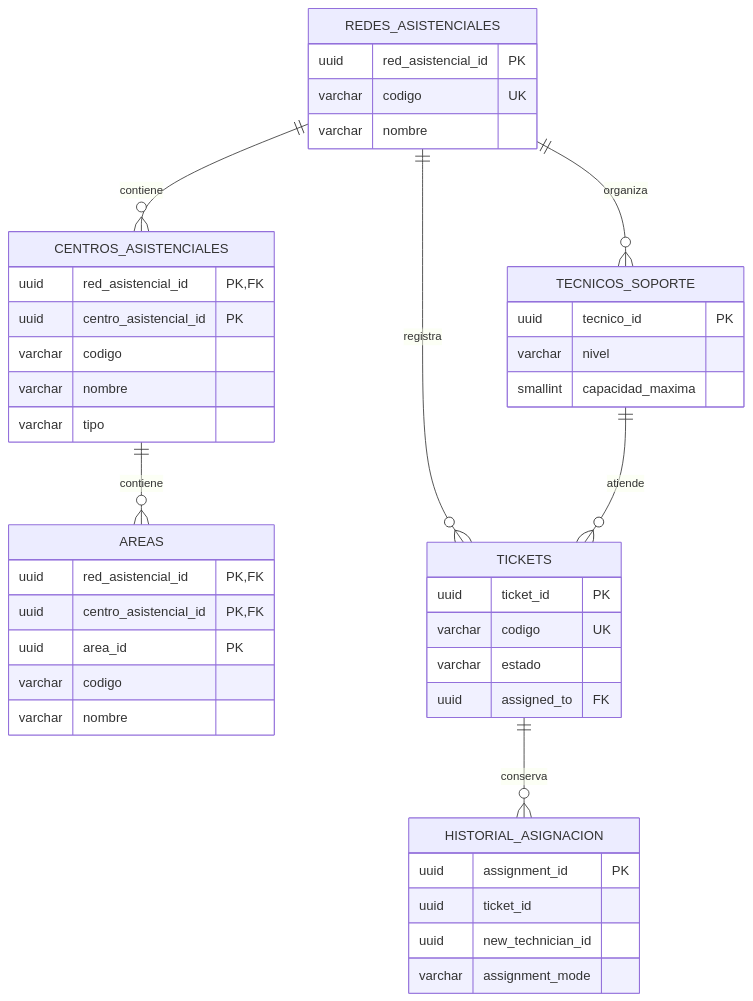
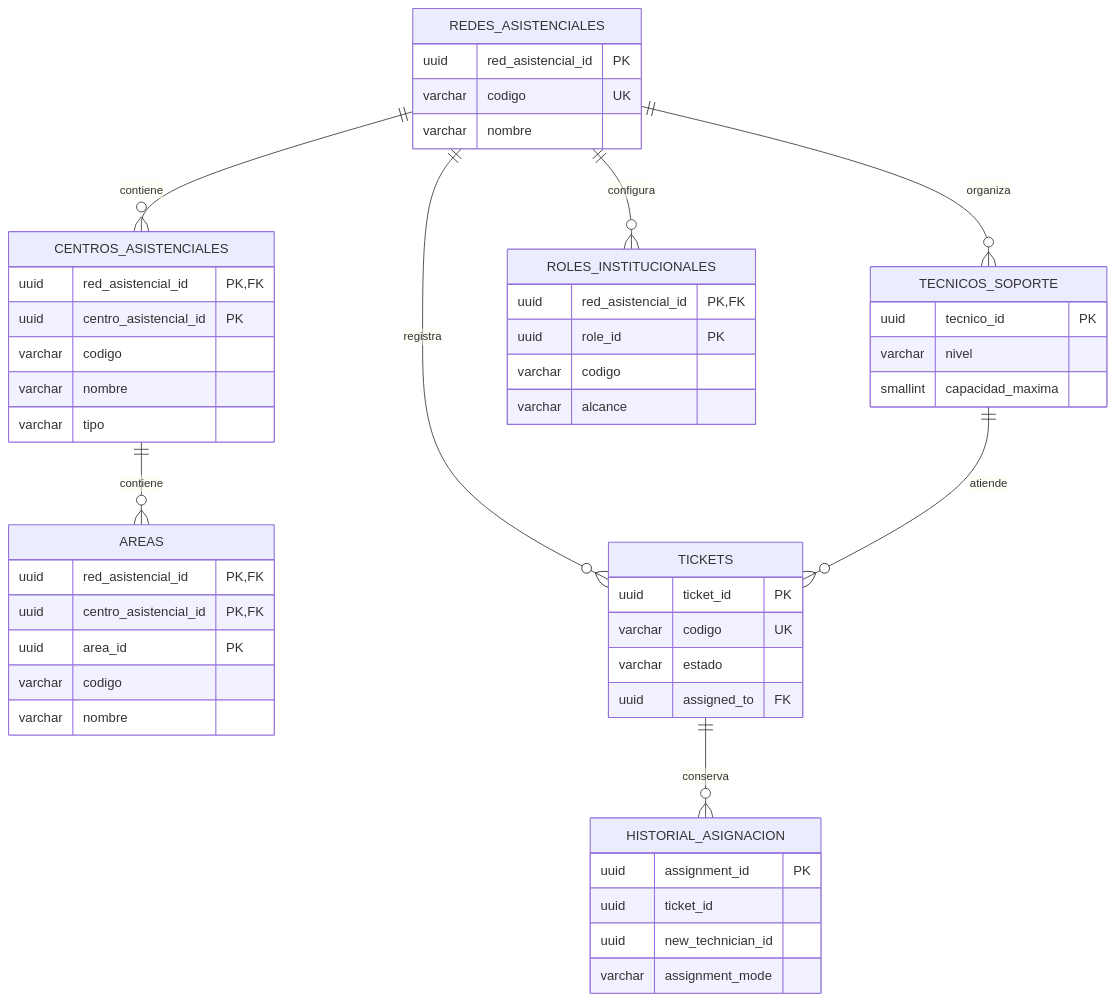
One commit to C-David28/essalud-ticket-system changed the second of 2 diagrams in README.md. Above: the diagram before and after it, drawn with Mermaid. The commit also changed other lines of this file and 42 other files, not shown here.

````diff
--- a/README.md
+++ b/README.md
@@ -80,45 +82,52 @@
 ```mermaid
 erDiagram
   REDES_ASISTENCIALES ||--o{ CENTROS_ASISTENCIALES : contiene
   CENTROS_ASISTENCIALES ||--o{ AREAS : contiene
   REDES_ASISTENCIALES ||--o{ TICKETS : registra
   REDES_ASISTENCIALES ||--o{ TECNICOS_SOPORTE : organiza
+  REDES_ASISTENCIALES ||--o{ ROLES_INSTITUCIONALES : configura
   TECNICOS_SOPORTE ||--o{ TICKETS : atiende
   TICKETS ||--o{ HISTORIAL_ASIGNACION : conserva
   REDES_ASISTENCIALES {
     uuid red_asistencial_id PK
     varchar codigo UK
     varchar nombre
   }
   CENTROS_ASISTENCIALES {
     uuid red_asistencial_id PK,FK
     uuid centro_asistencial_id PK
     varchar codigo
     varchar nombre
     varchar tipo
   }
   AREAS {
     uuid red_asistencial_id PK,FK
     uuid centro_asistencial_id PK,FK
     uuid area_id PK
     varchar codigo
     varchar nombre
   }
   TICKETS {
     uuid ticket_id PK
     varchar codigo UK
     varchar estado
     uuid assigned_to FK
   }
   TECNICOS_SOPORTE {
     uuid tecnico_id PK
     varchar nivel
     smallint capacidad_maxima
   }
+  ROLES_INSTITUCIONALES {
+    uuid red_asistencial_id PK,FK
+    uuid role_id PK
+    varchar codigo
+    varchar alcance
+  }
   HISTORIAL_ASIGNACION {
     uuid assignment_id PK
     uuid ticket_id
     uuid new_technician_id
     varchar assignment_mode
   }
 ```
````
